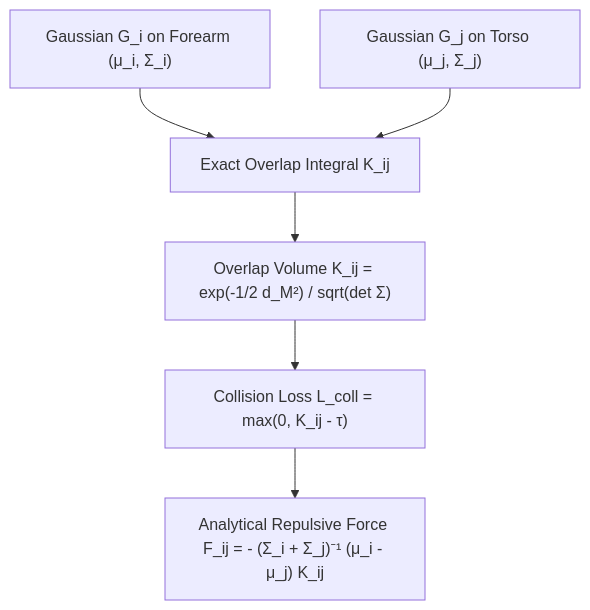
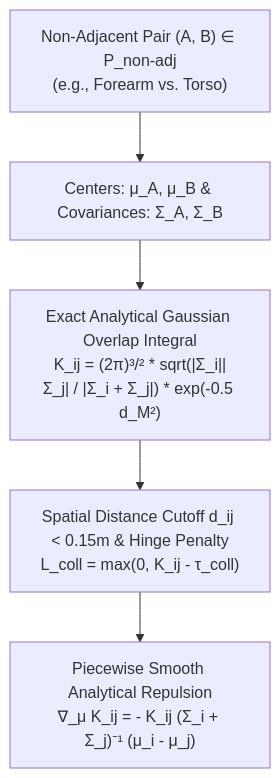
The fourth of 5 diagrams in documents/md/notes/02_diffnorm_mathematical_foundations.md (TienDat8605/DiffNorm-Contact-HMR), drawn with Mermaid before and after one commit. The commit also changed other lines of this file and 16 other files, not shown here.

````diff
--- a/documents/md/notes/02_diffnorm_mathematical_foundations.md
+++ b/documents/md/notes/02_diffnorm_mathematical_foundations.md
@@ -230,8 +175,7 @@
 ```mermaid
 flowchart TD
-    GaussianI["Gaussian G_i on Forearm (μ_i, Σ_i)"] --> Integral["Exact Overlap Integral K_ij"]
-    GaussianJ["Gaussian G_j on Torso (μ_j, Σ_j)"] --> Integral
-    Integral --> Overlap["Overlap Volume K_ij = exp(-1/2 d_M²) / sqrt(det Σ)"]
-    Overlap --> Loss["Collision Loss L_coll = max(0, K_ij - τ)"]
-    Loss --> Repulsion["Analytical Repulsive Force F_ij = - (Σ_i + Σ_j)⁻¹ (μ_i - μ_j) K_ij"]
+    Pair["Non-Adjacent Pair (A, B) ∈ P_non-adj\n(e.g., Forearm vs. Torso)"] --> Centers["Centers: μ_A, μ_B & Covariances: Σ_A, Σ_B"]
+    Centers --> Int["Exact Analytical Gaussian Overlap Integral\nK_ij = (2π)³/² * sqrt(|Σ_i||Σ_j| / |Σ_i + Σ_j|) * exp(-0.5 d_M²)"]
+    Int --> Cutoff["Spatial Distance Cutoff d_ij < 0.15m & Hinge Penalty\nL_coll = max(0, K_ij - τ_coll)"]
+    Cutoff --> Grad["Piecewise Smooth Analytical Repulsion\n∇_μ K_ij = - K_ij (Σ_i + Σ_j)⁻¹ (μ_i - μ_j)"]
 ```
````
